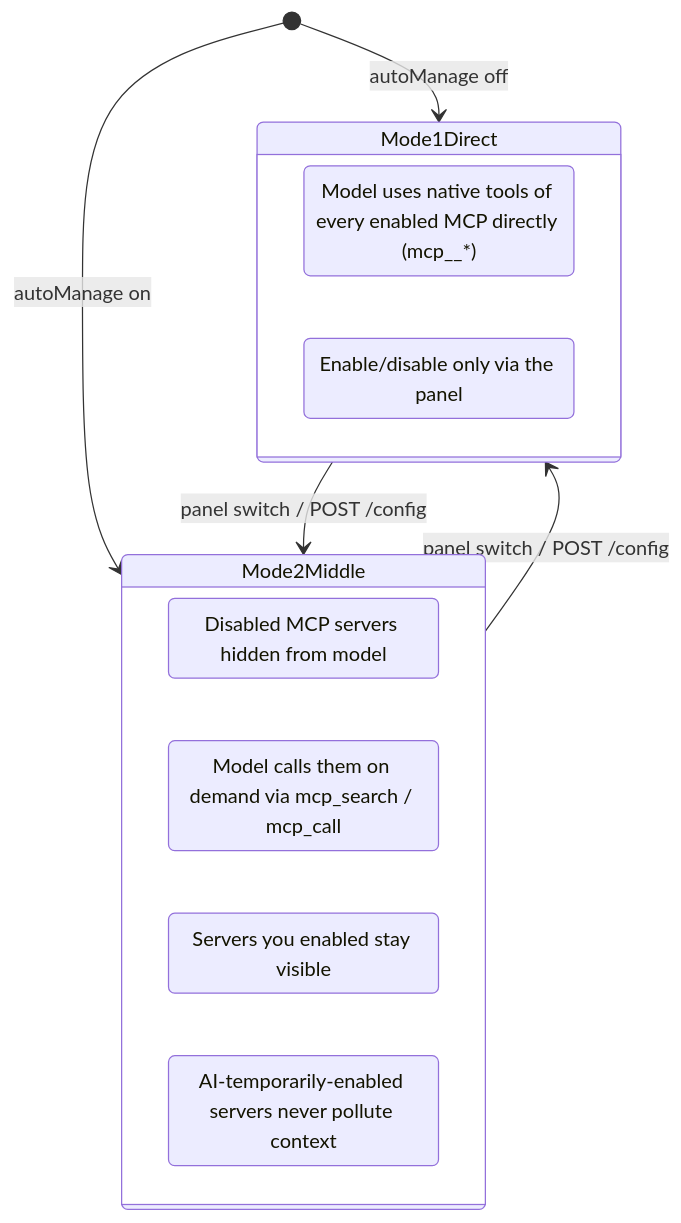
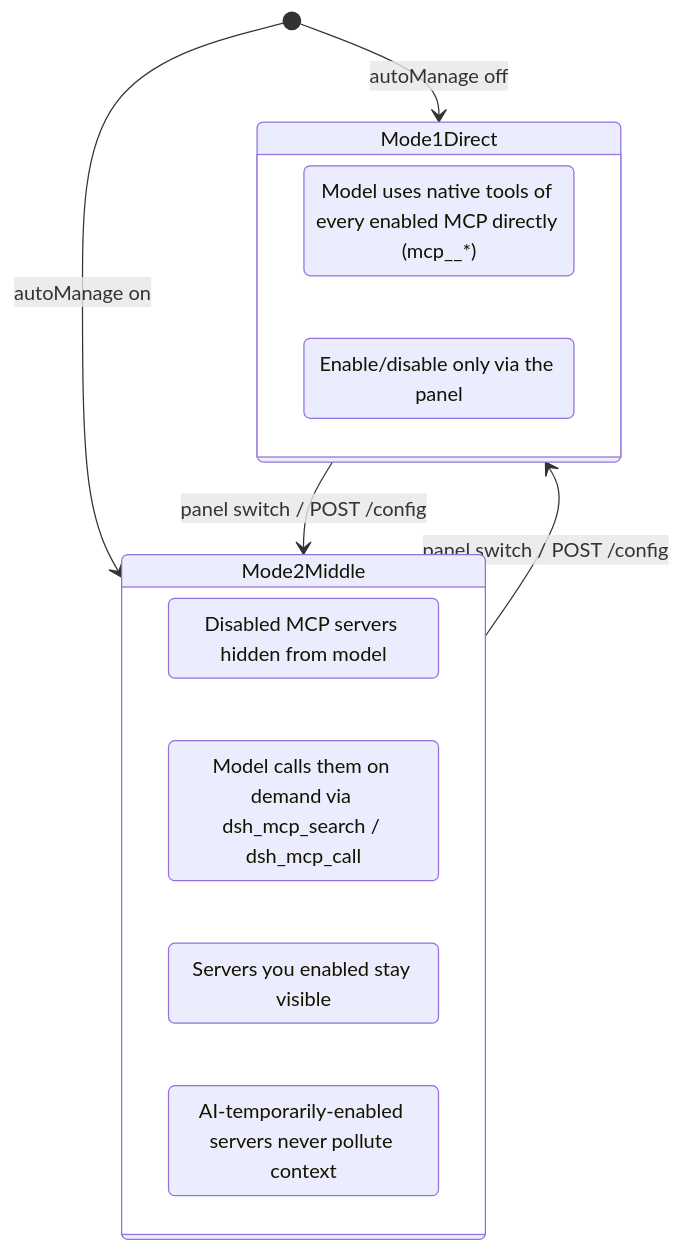
One commit to lilyblessing/dsh-mcp-skill-panel changed the first of 4 diagrams in README.en.md. Above: the diagram before and after it, drawn with Mermaid. The commit also changed other lines of this file and 71 other files, not shown here.

````diff
--- a/README.en.md
+++ b/README.en.md
@@ -39,20 +61,20 @@
 ```mermaid
 stateDiagram-v2
     [*] --> Mode1Direct: autoManage off
     [*] --> Mode2Middle: autoManage on
     Mode1Direct --> Mode2Middle: panel switch / POST /config
     Mode2Middle --> Mode1Direct: panel switch / POST /config
 
     state Mode1Direct {
         direction LR
         M1: Model uses native tools of every enabled MCP directly (mcp__*)
         M1a: Enable/disable only via the panel
     }
     state Mode2Middle {
         direction LR
         M2: Disabled MCP servers hidden from model
-        M2a: Model calls them on demand via mcp_search / mcp_call
+        M2a: Model calls them on demand via dsh_mcp_search / dsh_mcp_call
         M2b: Servers you enabled stay visible
         M2c: AI-temporarily-enabled servers never pollute context
     }
 ```
````
